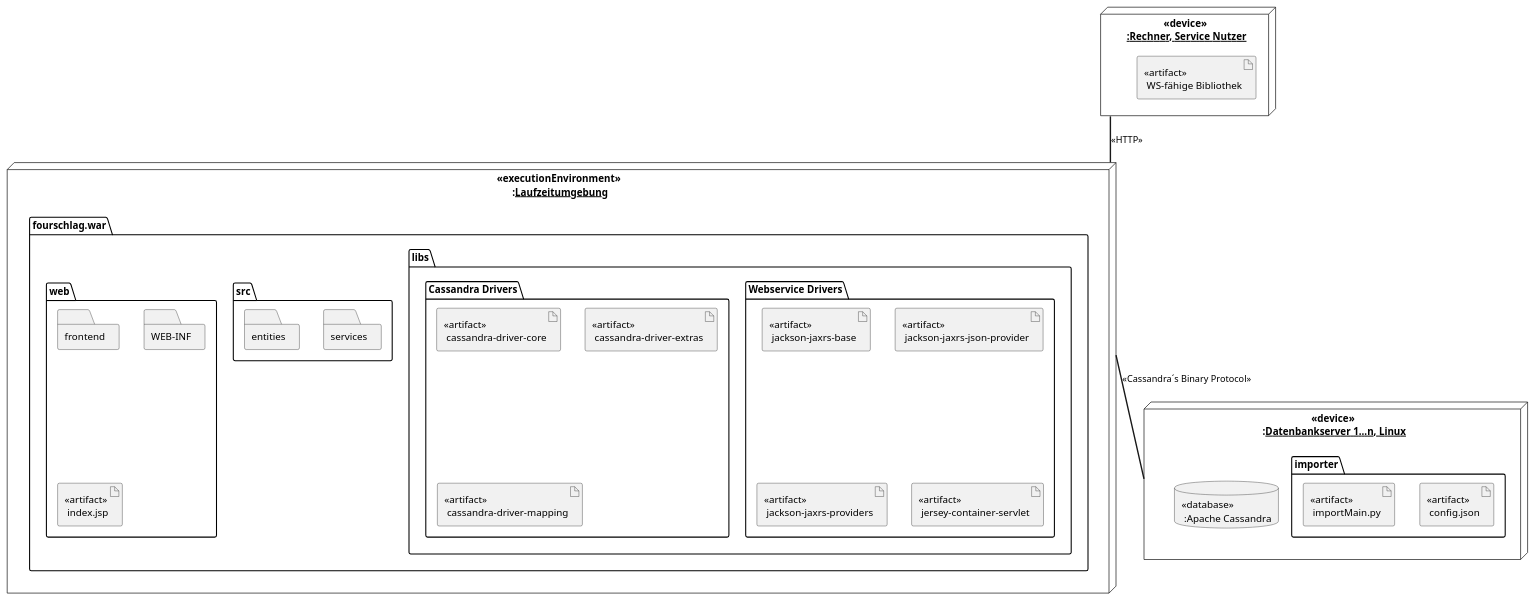
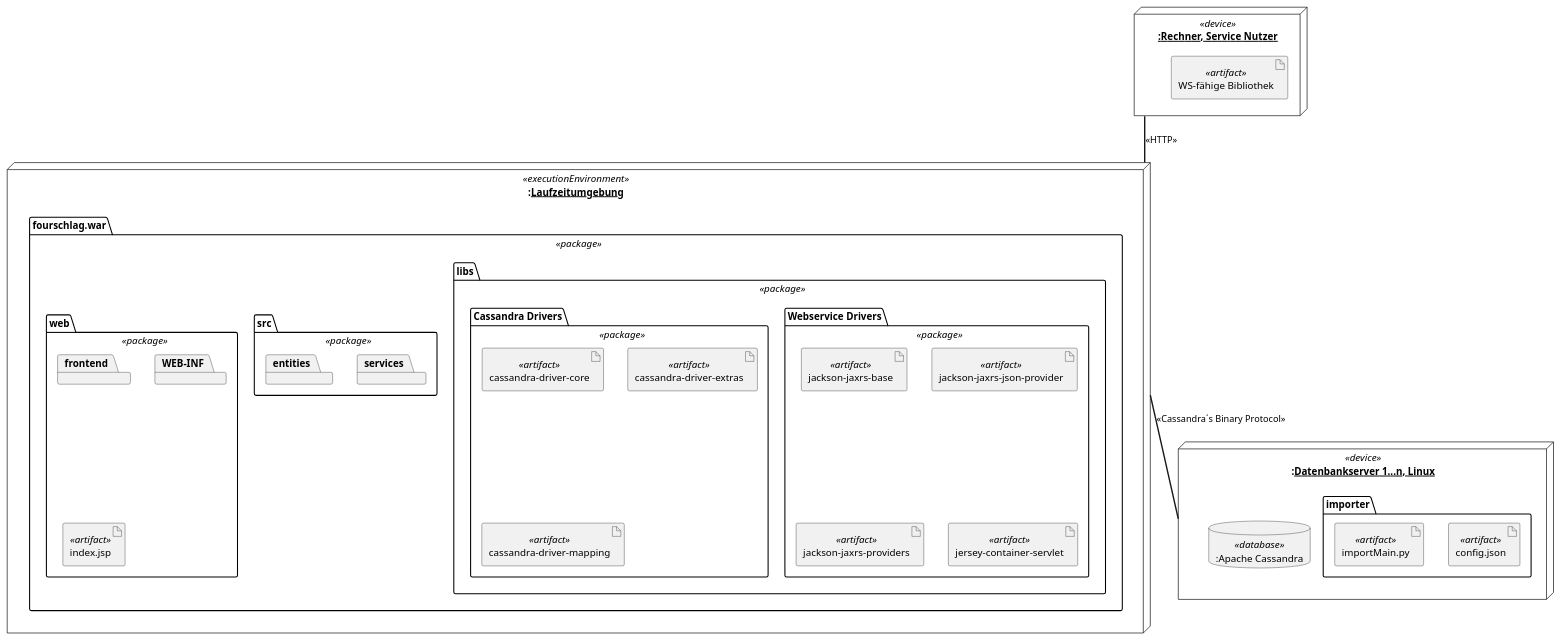
The diagram in diagrams/deployment/Deploymentdiagramm_Ebene-1-1.puml (wagnst/forecast-cassandra), drawn with PlantUML before and after one commit.

Commit message:
Deploymentdiagramm_Ebene-1-1.puml folder umgeändert in package Überall <<package>> und <<artifact>> hinzugefügt

```diff
--- a/diagrams/deployment/Deploymentdiagramm_Ebene-1-1.puml
+++ b/diagrams/deployment/Deploymentdiagramm_Ebene-1-1.puml
@@ -1,60 +1,58 @@
 @startuml
 
-node "<<executionEnvironment>>\n :__Laufzeitumgebung__" as LZ{
+node ":__Laufzeitumgebung__" as LZ <<executionEnvironment>> {
 
-    folder "fourschlag.war"{
+    package "fourschlag.war" <<package>>{
 
-        'folder "jmeter"{
-        '   artifact "<<artifact>>\n FourschlagTest.jmx"
+        'package "jmeter"{
+        '   artifact "FourschlagTest.jmx" <<artifact>>
         '}
 
-        folder "libs"{
+        package "libs" <<package>>{
 
-            folder "Webservice Drivers"{
-                artifact "<<artifact>>\n jackson-jaxrs-base"
-                artifact "<<artifact>>\n jackson-jaxrs-json-provider"
-                artifact "<<artifact>>\n jackson-jaxrs-providers"
-                artifact "<<artifact>>\n jersey-container-servlet"
+            package "Webservice Drivers" <<package>>{
+                artifact "jackson-jaxrs-base" <<artifact>>
+                artifact "jackson-jaxrs-json-provider" <<artifact>>
+                artifact "jackson-jaxrs-providers" <<artifact>>
+                artifact "jersey-container-servlet" <<artifact>>
             }
 
-            folder "Cassandra Drivers"{
-                artifact "<<artifact>>\n cassandra-driver-core"
-                artifact "<<artifact>>\n cassandra-driver-extras"
-                artifact "<<artifact>>\n cassandra-driver-mapping"
+            package "Cassandra Drivers" <<package>>{
+                artifact "cassandra-driver-core" <<artifact>>
+                artifact "cassandra-driver-extras" <<artifact>>
+                artifact "cassandra-driver-mapping" <<artifact>>
             }
+        }
+
+        package "src" <<package>>{
+            package "services"
+            package "entities"
 
         }
 
-        folder "src"{
-            folder "services"
-            folder "entities"
-        }
-
-        folder "web"{
-            folder "frontend"
-            folder "WEB-INF"
-            artifact "<<artifact>>\n index.jsp"
+        package "web" <<package>>{
+            package "frontend"
+            package "WEB-INF"
+            artifact "index.jsp" <<artifact>>
         }
     }
 }
 
-node "<<device>>\n __:Rechner, Service Nutzer__" as N2{
+node "__:Rechner, Service Nutzer__" as N2 <<device>>{
 
-        artifact "<<artifact>>\n WS-fähige Bibliothek"
+        artifact "WS-fähige Bibliothek" <<artifact>>
  }
 
-node "<<device>>\n :__Datenbankserver 1...n, Linux__" as N1{
+node ":__Datenbankserver 1...n, Linux__" as N1 <<device>>{
 
-    folder "importer"{
-        artifact "<<artifact>>\n config.json"
-        artifact "<<artifact>>\n importMain.py"
+    package "importer"{
+        artifact "config.json" <<artifact>>
+        artifact "importMain.py" <<artifact>>
     }
-
-    database "<<database>>\n :Apache Cassandra" as Cassandra
-
+    database ":Apache Cassandra" as Cassandra <<database>>
 }
 
 LZ == N1: <<Cassandra´s Binary Protocol>>
 LZ =up= N2: <<HTTP>>
 
 @enduml
```
